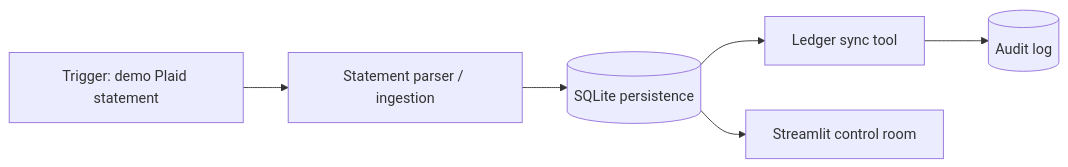
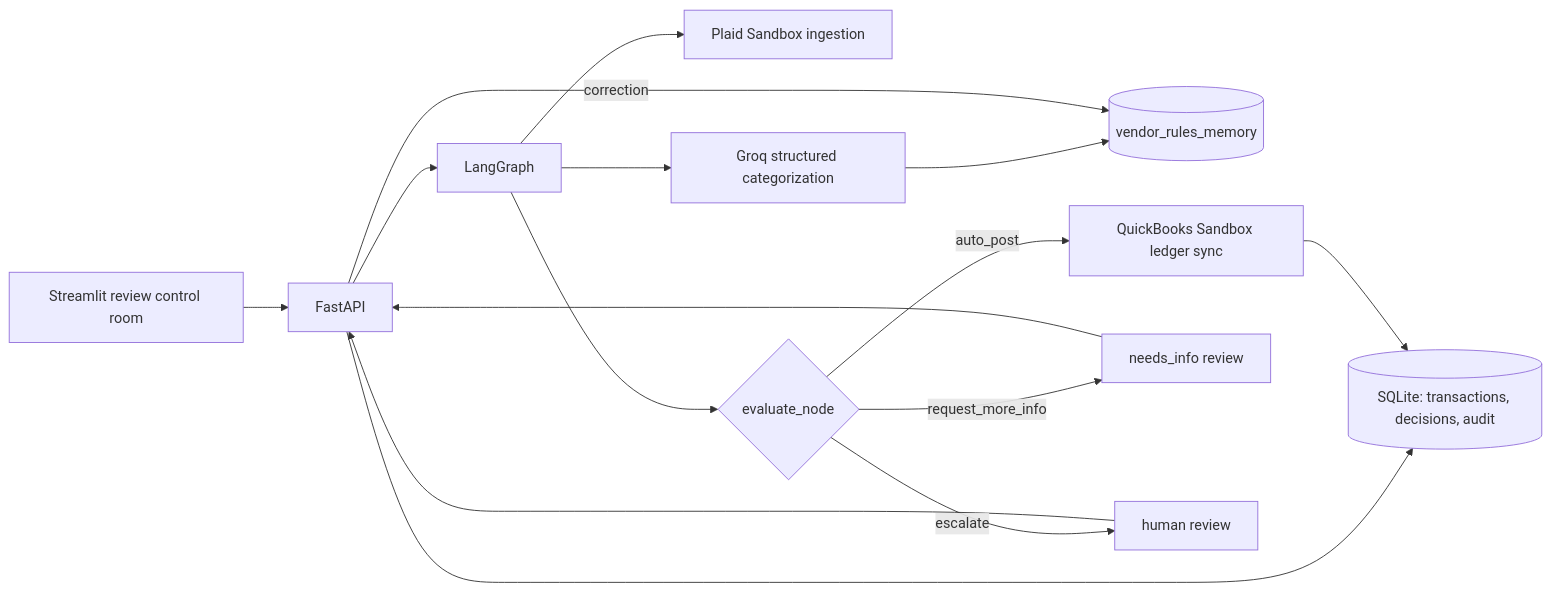
Before and after one commit to challaramyasree777-maker/reconcile: the diagram in README.md, drawn with Mermaid. The commit also changed other lines of this file and 29 other files, not shown here.

````diff
--- a/README.md
+++ b/README.md
@@ -33,8 +67,17 @@
 ```mermaid
 flowchart LR
-  T[Trigger: demo Plaid statement] --> I[Statement parser / ingestion]
-  I --> D[(SQLite persistence)]
-  D --> L[Ledger sync tool]
-  L --> A[(Audit log)]
-  D --> U[Streamlit control room]
+    UI[Streamlit review control room] --> API[FastAPI]
+    API --> G[LangGraph]
+    G --> P[Plaid Sandbox ingestion]
+    G --> C[Groq structured categorization]
+    C --> M[(vendor_rules_memory)]
+    G --> E{evaluate_node}
+    E -->|auto_post| Q[QuickBooks Sandbox ledger sync]
+    E -->|request_more_info| R[needs_info review]
+    E -->|escalate| H[human review]
+    R --> API
+    H --> API
+    API -->|correction| M
+    API --> D[(SQLite: transactions, decisions, audit)]
+    Q --> D
 ```
````
